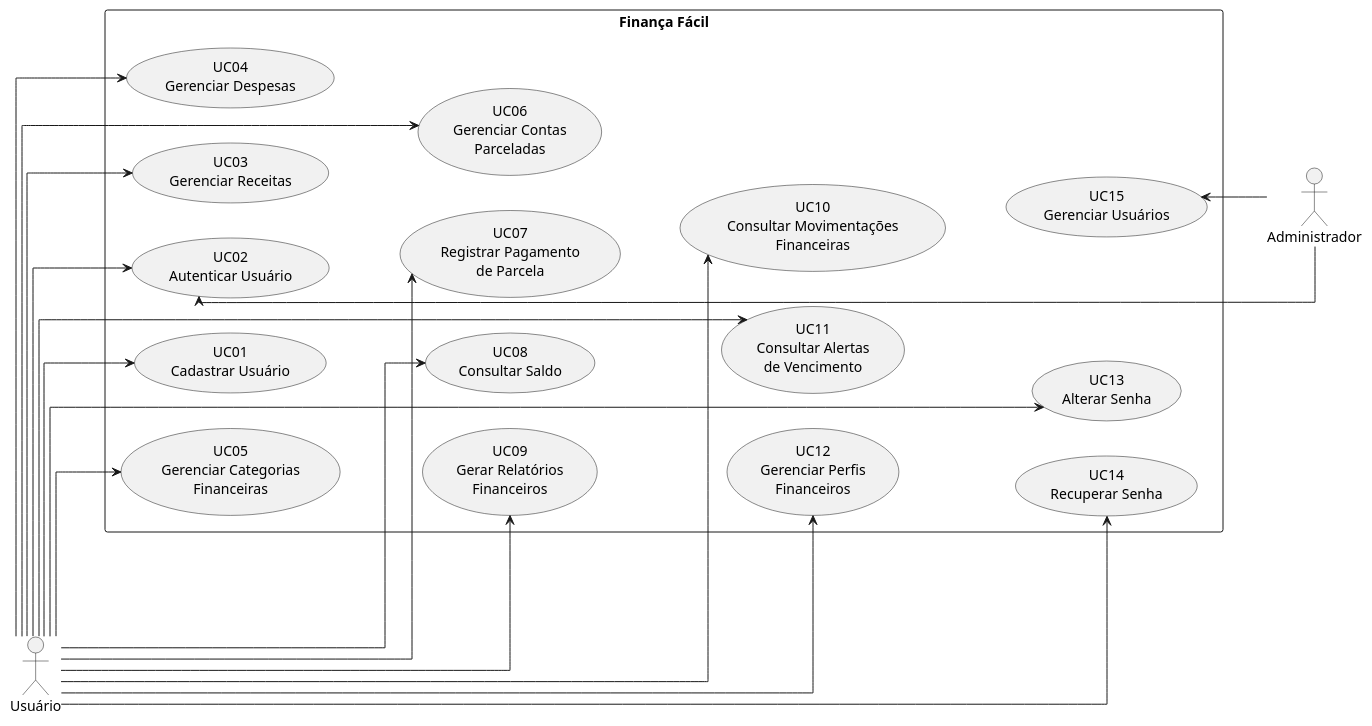
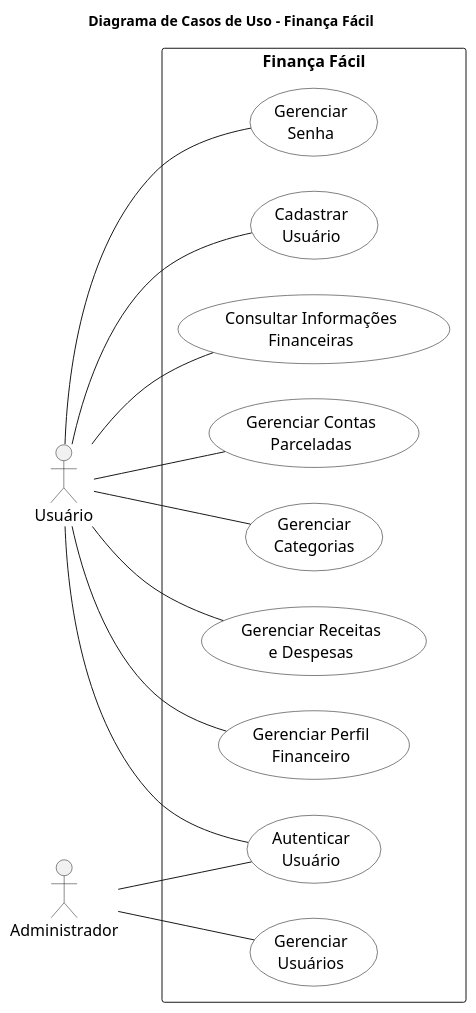
Before and after one commit to Nathan-Edu/Financa-Facil: the diagram in docs/modelagem/casos-uso/diagrama-casos-uso.puml, drawn with PlantUML.

Commit message:
Refactor use case diagram for Finança Fácil

```diff
--- a/docs/modelagem/casos-uso/diagrama-casos-uso.puml
+++ b/docs/modelagem/casos-uso/diagrama-casos-uso.puml
@@ -1,65 +1,44 @@
 @startuml
+title Diagrama de Casos de Uso - Finança Fácil
 
 left to right direction
-skinparam linetype ortho
 
-actor "Usuário" as Usuario
+skinparam shadowing false
+skinparam defaultFontSize 16
+skinparam actorStyle stickman
+
+skinparam usecase {
+    BackgroundColor white
+    BorderColor black
+}
+
+actor "Usuário" as U
 
 rectangle "Finança Fácil" {
 
-  usecase "UC01\nCadastrar Usuário" as UC1
-  usecase "UC02\nAutenticar Usuário" as UC2
-  usecase "UC03\nGerenciar Receitas" as UC3
-  usecase "UC04\nGerenciar Despesas" as UC4
-  usecase "UC05\nGerenciar Categorias\nFinanceiras" as UC5
-  usecase "UC06\nGerenciar Contas\nParceladas" as UC6
-  usecase "UC07\nRegistrar Pagamento\nde Parcela" as UC7
-  usecase "UC08\nConsultar Saldo" as UC8
-  usecase "UC09\nGerar Relatórios\nFinanceiros" as UC9
-  usecase "UC10\nConsultar Movimentações\nFinanceiras" as UC10
-  usecase "UC11\nConsultar Alertas\nde Vencimento" as UC11
-  usecase "UC12\nGerenciar Perfis\nFinanceiros" as UC12
-  usecase "UC13\nAlterar Senha" as UC13
-  usecase "UC14\nRecuperar Senha" as UC14
-  usecase "UC15\nGerenciar Usuários" as UC15
-
-  UC1 -[hidden]right- UC2
-  UC2 -[hidden]right- UC3
-  UC3 -[hidden]right- UC4
-  UC4 -[hidden]right- UC5
-  UC5 -[hidden]down- UC6
-  UC6 -[hidden]right- UC7
-  UC7 -[hidden]right- UC8
-  UC8 -[hidden]right- UC9
-  UC9 -[hidden]down- UC10
-  UC10 -[hidden]right- UC11
-  UC11 -[hidden]right- UC12
-  UC12 -[hidden]down- UC13
-  UC13 -[hidden]right- UC14
-  UC14 -[hidden]right- UC15
+    usecase "Gerenciar\nSenha" as Senha
+    usecase "Cadastrar\nUsuário" as Cadastro
+    usecase "Consultar Informações\nFinanceiras" as Consultas
+    usecase "Gerenciar Contas\nParceladas" as Parcelas
+    usecase "Gerenciar\nCategorias" as Categorias
+    usecase "Gerenciar Receitas\ne Despesas" as Movimentacoes
+    usecase "Gerenciar Perfil\nFinanceiro" as Perfil
+    usecase "Autenticar\nUsuário" as Login
+    usecase "Gerenciar\nUsuários" as Usuarios
 }
 
-actor "Administrador" as Admin
+actor "Administrador" as A
 
-Usuario --> UC1
-Usuario --> UC2
-Usuario --> UC3
-Usuario --> UC4
-Usuario --> UC5
-Usuario --> UC6
-Usuario --> UC7
-Usuario --> UC8
-Usuario --> UC9
-Usuario --> UC10
-Usuario --> UC11
-Usuario --> UC12
-Usuario --> UC13
-Usuario --> UC14
+U -- Senha
+U -- Cadastro
+U -- Consultas
+U -- Parcelas
+U -- Categorias
+U -- Movimentacoes
+U -- Perfil
+U -- Login
 
-UC2 <-- Admin
-UC15 <-- Admin
-
-' força o Administrador a ficar à direita
-UC15 -[hidden]right- Admin
+A -- Login
+A -- Usuarios
 
 @enduml
```
